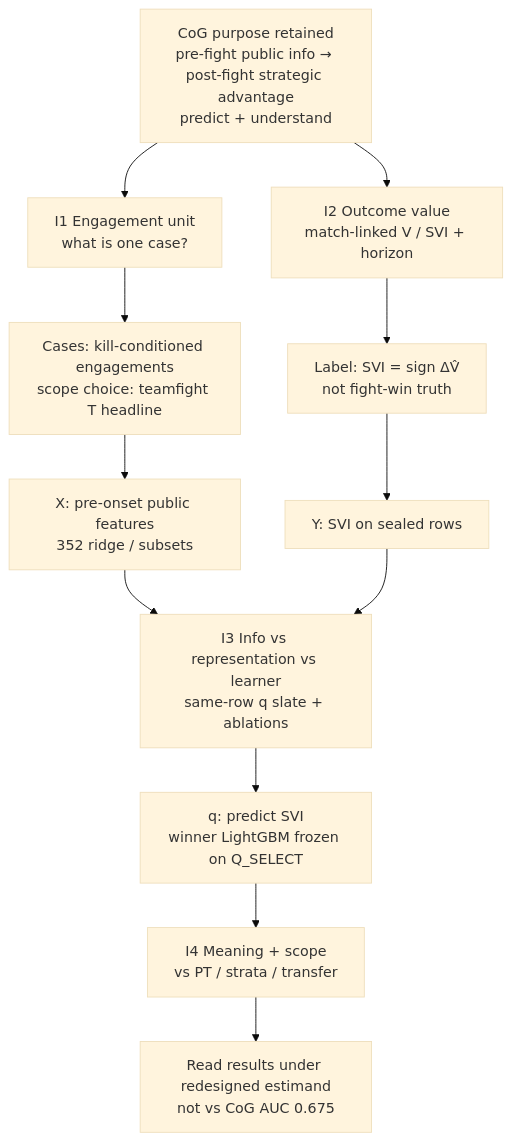
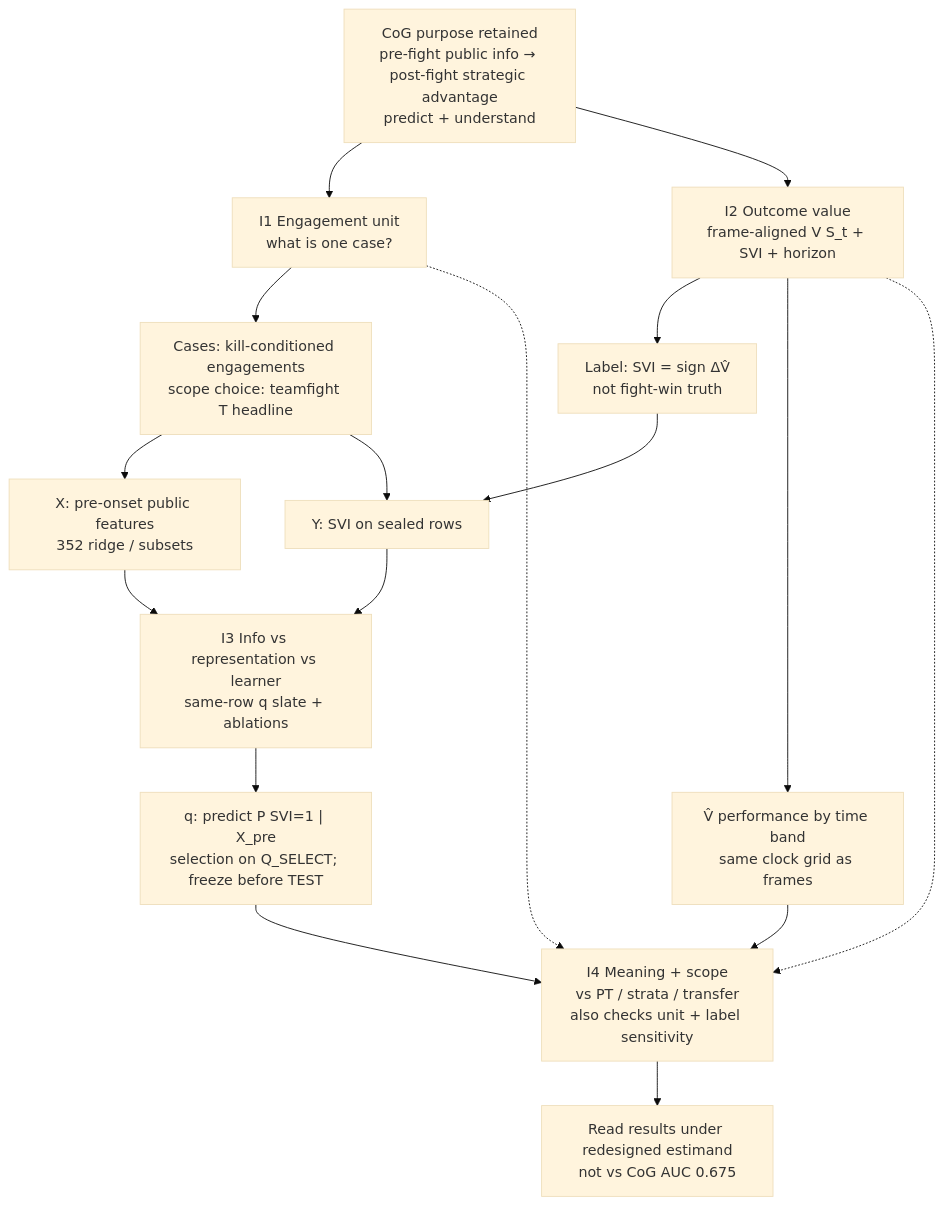
The first of 5 diagrams in docs/EXPERIMENT_DESIGN_MAP_20260919.md (Lunecid/LOL_teamfight_Lab), drawn with Mermaid (base theme) before and after one commit. The commit also changed other lines of this file and 26 other files, not shown here.

````diff
--- a/docs/EXPERIMENT_DESIGN_MAP_20260919.md
+++ b/docs/EXPERIMENT_DESIGN_MAP_20260919.md
@@ -13,27 +13,32 @@
 ```mermaid
 flowchart TB
   purpose["CoG purpose retained<br/>pre-fight public info → post-fight strategic advantage<br/>predict + understand"]
 
   purpose --> I1 & I2
   I1["I1 Engagement unit<br/>what is one case?"]
-  I2["I2 Outcome value<br/>match-linked V / SVI + horizon"]
+  I2["I2 Outcome value<br/>frame-aligned V S_t + SVI + horizon"]
 
   I1 --> cases["Cases: kill-conditioned engagements<br/>scope choice: teamfight T headline"]
   I2 --> label["Label: SVI = sign ΔV̂<br/>not fight-win truth"]
+  I2 --> Vdyn["V̂ performance by time band<br/>same clock grid as frames"]
 
   cases --> X
+  cases --> Y
   label --> Y
+  Vdyn --> I4
   X["X: pre-onset public features<br/>352 ridge / subsets"]
   Y["Y: SVI on sealed rows"]
 
   X --> I3
   Y --> I3
   I3["I3 Info vs representation vs learner<br/>same-row q slate + ablations"]
 
-  I3 --> q["q: predict SVI<br/>winner LightGBM frozen on Q_SELECT"]
+  I3 --> q["q: predict P SVI=1 | X_pre<br/>selection on Q_SELECT; freeze before TEST"]
 
   q --> I4
-  I4["I4 Meaning + scope<br/>vs PT / strata / transfer"]
+  I1 -.-> I4
+  I2 -.-> I4
+  I4["I4 Meaning + scope<br/>vs PT / strata / transfer<br/>also checks unit + label sensitivity"]
 
   I4 --> read["Read results under redesigned estimand<br/>not vs CoG AUC 0.675"]
 ```
````
